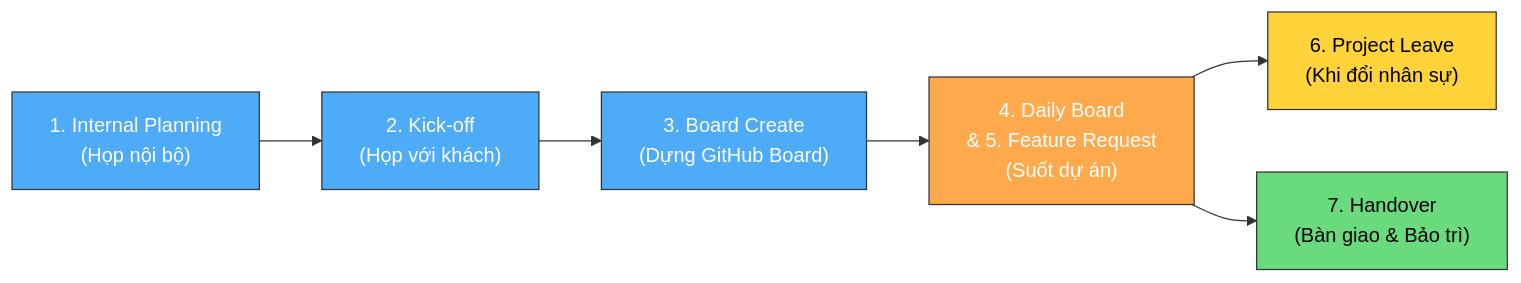
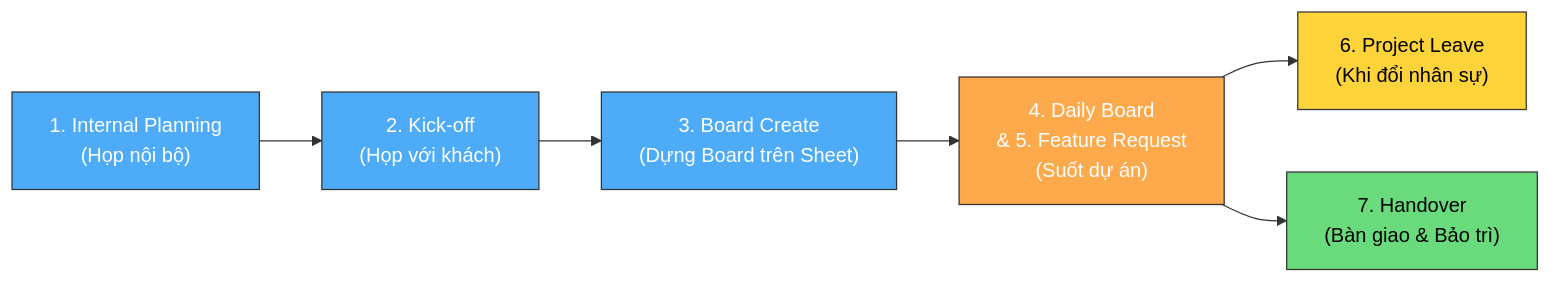
Before and after one commit to Cyberk-Official/handbooks: the diagram in 05-product-owner/README.md, drawn with Mermaid. The commit also changed other lines of this file and 22 other files, not shown here.

````diff
--- a/05-product-owner/README.md
+++ b/05-product-owner/README.md
@@ -20,15 +20,15 @@
 ```mermaid
 flowchart LR
     P1["1. Internal Planning\n(Họp nội bộ)"] --> P2["2. Kick-off\n(Họp với khách)"]
-    P2 --> P3["3. Board Create\n(Dựng GitHub Board)"]
+    P2 --> P3["3. Board Create\n(Dựng Board trên Sheet)"]
     P3 --> P4["4. Daily Board\n& 5. Feature Request\n(Suốt dự án)"]
     P4 --> P6["6. Project Leave\n(Khi đổi nhân sự)"]
     P4 --> P7["7. Handover\n(Bàn giao & Bảo trì)"]
 
     style P1 fill:#4dabf7,stroke:#333,color:#fff
     style P2 fill:#4dabf7,stroke:#333,color:#fff
     style P3 fill:#4dabf7,stroke:#333,color:#fff
     style P4 fill:#ffa94d,stroke:#333,color:#fff
     style P6 fill:#ffd43b,stroke:#333,color:#000
     style P7 fill:#69db7c,stroke:#333,color:#000
 ```
````
